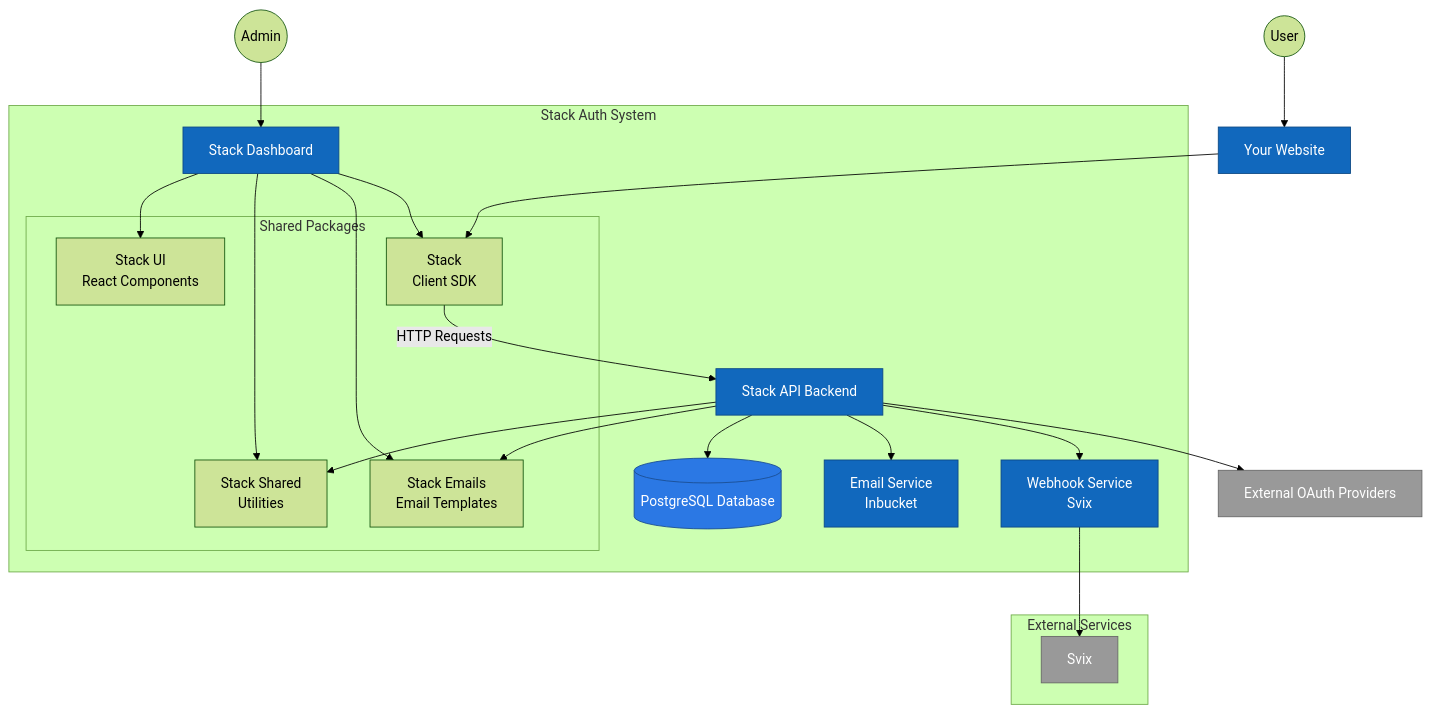
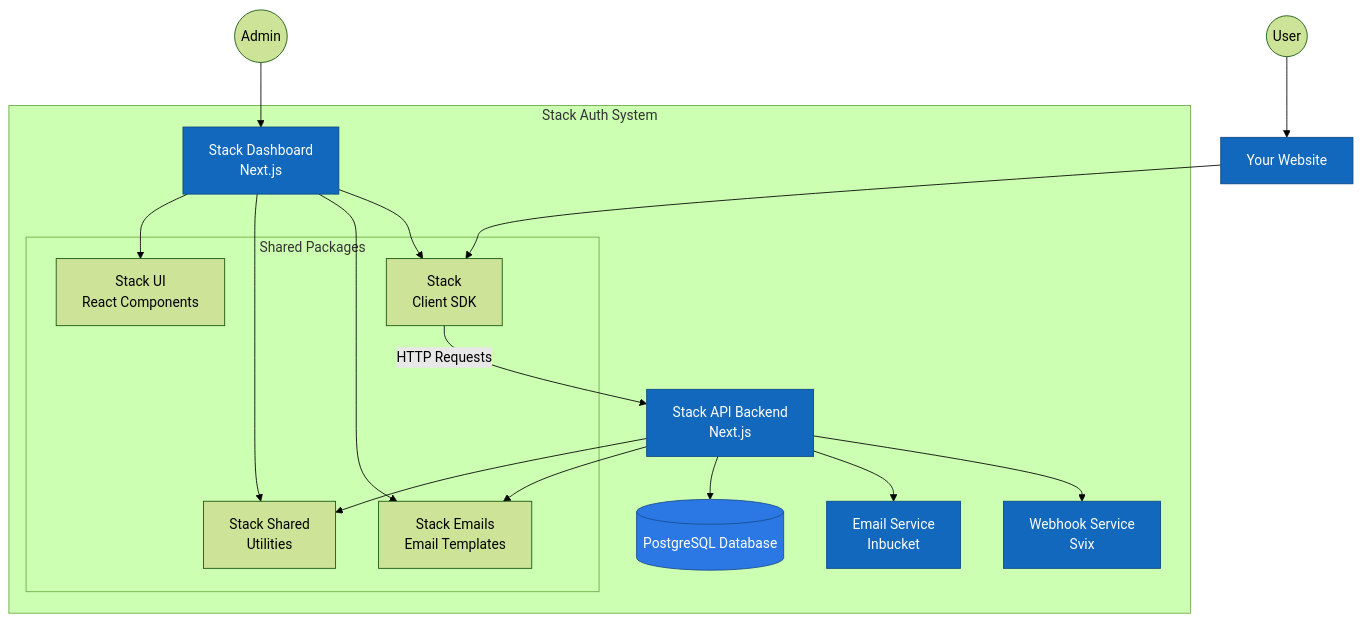
Before and after one commit to stack-auth/stack: the diagram in README.md, drawn with Mermaid (forest theme).

````diff
--- a/README.md
+++ b/README.md
@@ -148,45 +148,38 @@
 ```mermaid
   graph TB
+      Website[Your Website]
       User((User))
       Admin((Admin))
       subgraph "Stack Auth System"
-          Dashboard[Stack Dashboard]
-          Backend[Stack API Backend]
+          Dashboard[Stack Dashboard<br/>Next.js]
+          Backend[Stack API Backend<br/>Next.js]
           Database[(PostgreSQL Database)]
           EmailService[Email Service<br/>Inbucket]
           WebhookService[Webhook Service<br/>Svix]
           subgraph "Shared Packages"
               StackSDK[Stack<br/>Client SDK]
               StackUI[Stack UI<br/>React Components]
               StackShared[Stack Shared<br/>Utilities]
               StackEmails[Stack Emails<br/>Email Templates]
           end
       end
-      Website[Your Website]
-      ExternalOAuth[External OAuth Providers]
       Admin --> Dashboard
       User --> Website
       Website --> StackSDK
       Backend --> Database
       Backend --> EmailService
       Backend --> WebhookService
-      Backend --> ExternalOAuth
       Dashboard --> StackUI
       Dashboard --> StackShared
       Dashboard --> StackEmails
       Dashboard --> StackSDK
       StackSDK --HTTP Requests--> Backend
       Backend --> StackShared
       Backend --> StackEmails
-      subgraph "External Services"
-          Svix[Svix]
-          WebhookService --> Svix
-      end
       classDef container fill:#1168bd,stroke:#0b4884,color:#ffffff
       classDef database fill:#2b78e4,stroke:#1a4d91,color:#ffffff
       classDef external fill:#999999,stroke:#666666,color:#ffffff
       classDef deprecated stroke-dasharray: 5 5
       class Dashboard,Backend,EmailService,WebhookService,Website container
       class Database database
-      class ExternalOAuth,Svix external
 ```
````
